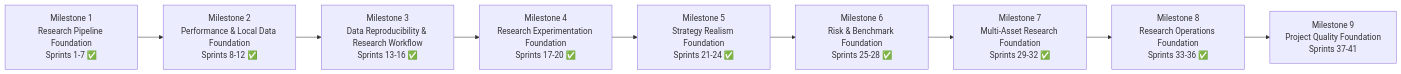
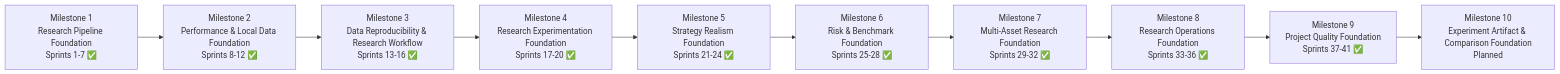
The diagram in docs/roadmap.md (yanxinnnnnn/El-Psy-Quant), drawn with Mermaid before and after one commit. The commit also changed other lines of this file, not shown here.

Commit message:
Mark Milestone 9 complete in roadmap

````diff
--- a/docs/roadmap.md
+++ b/docs/roadmap.md
@@ -21,11 +21,12 @@
 ```mermaid
 flowchart LR
     M1["Milestone 1<br/>Research Pipeline Foundation<br/>Sprints 1-7 ✅"] --> M2["Milestone 2<br/>Performance & Local Data Foundation<br/>Sprints 8-12 ✅"]
     M2 --> M3["Milestone 3<br/>Data Reproducibility & Research Workflow<br/>Sprints 13-16 ✅"]
     M3 --> M4["Milestone 4<br/>Research Experimentation Foundation<br/>Sprints 17-20 ✅"]
     M4 --> M5["Milestone 5<br/>Strategy Realism Foundation<br/>Sprints 21-24 ✅"]
     M5 --> M6["Milestone 6<br/>Risk & Benchmark Foundation<br/>Sprints 25-28 ✅"]
     M6 --> M7["Milestone 7<br/>Multi-Asset Research Foundation<br/>Sprints 29-32 ✅"]
     M7 --> M8["Milestone 8<br/>Research Operations Foundation<br/>Sprints 33-36 ✅"]
-    M8 --> M9["Milestone 9<br/>Project Quality Foundation<br/>Sprints 37-41"]
+    M8 --> M9["Milestone 9<br/>Project Quality Foundation<br/>Sprints 37-41 ✅"]
+    M9 --> M10["Milestone 10<br/>Experiment Artifact & Comparison Foundation<br/>Planned"]
 ```
````
